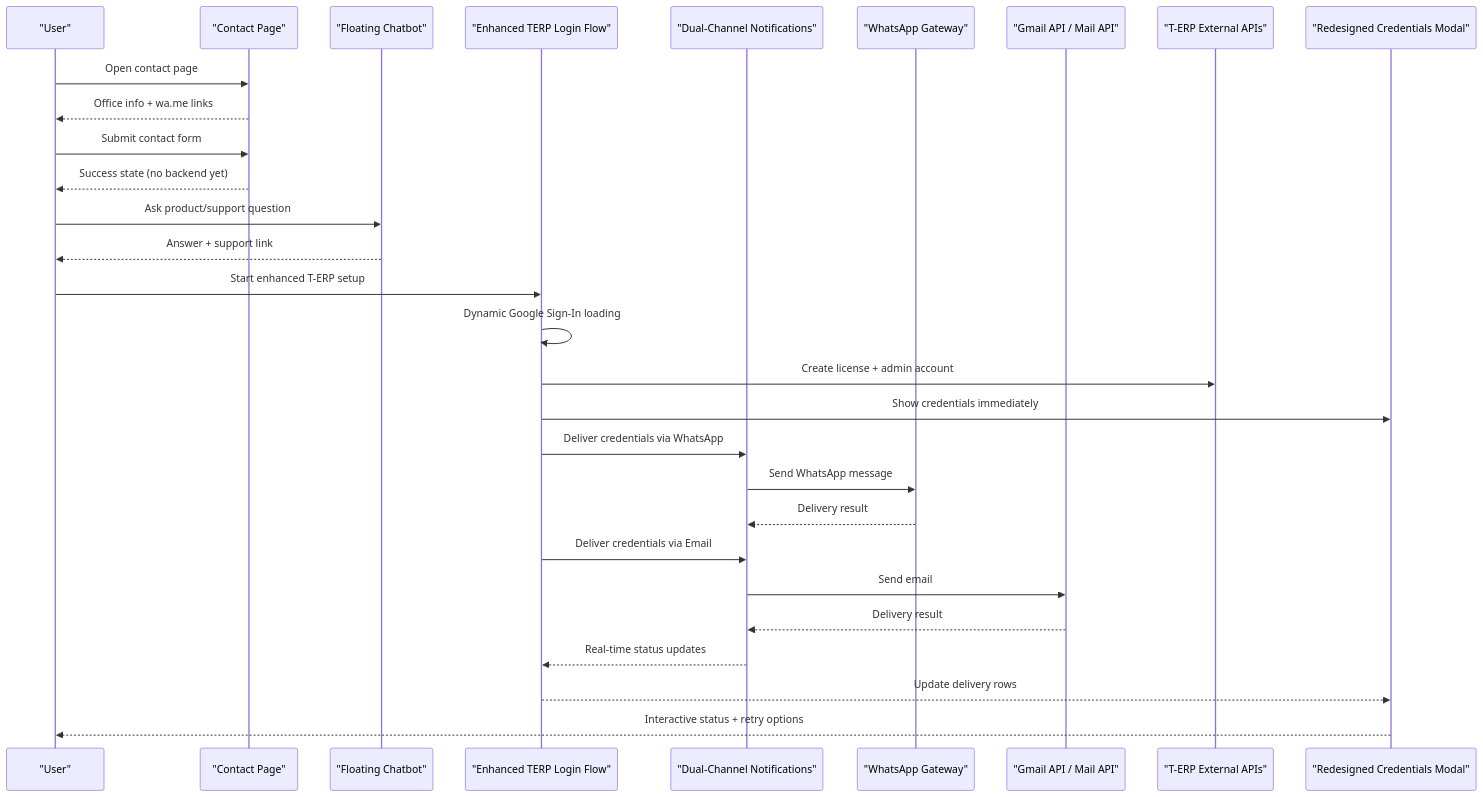
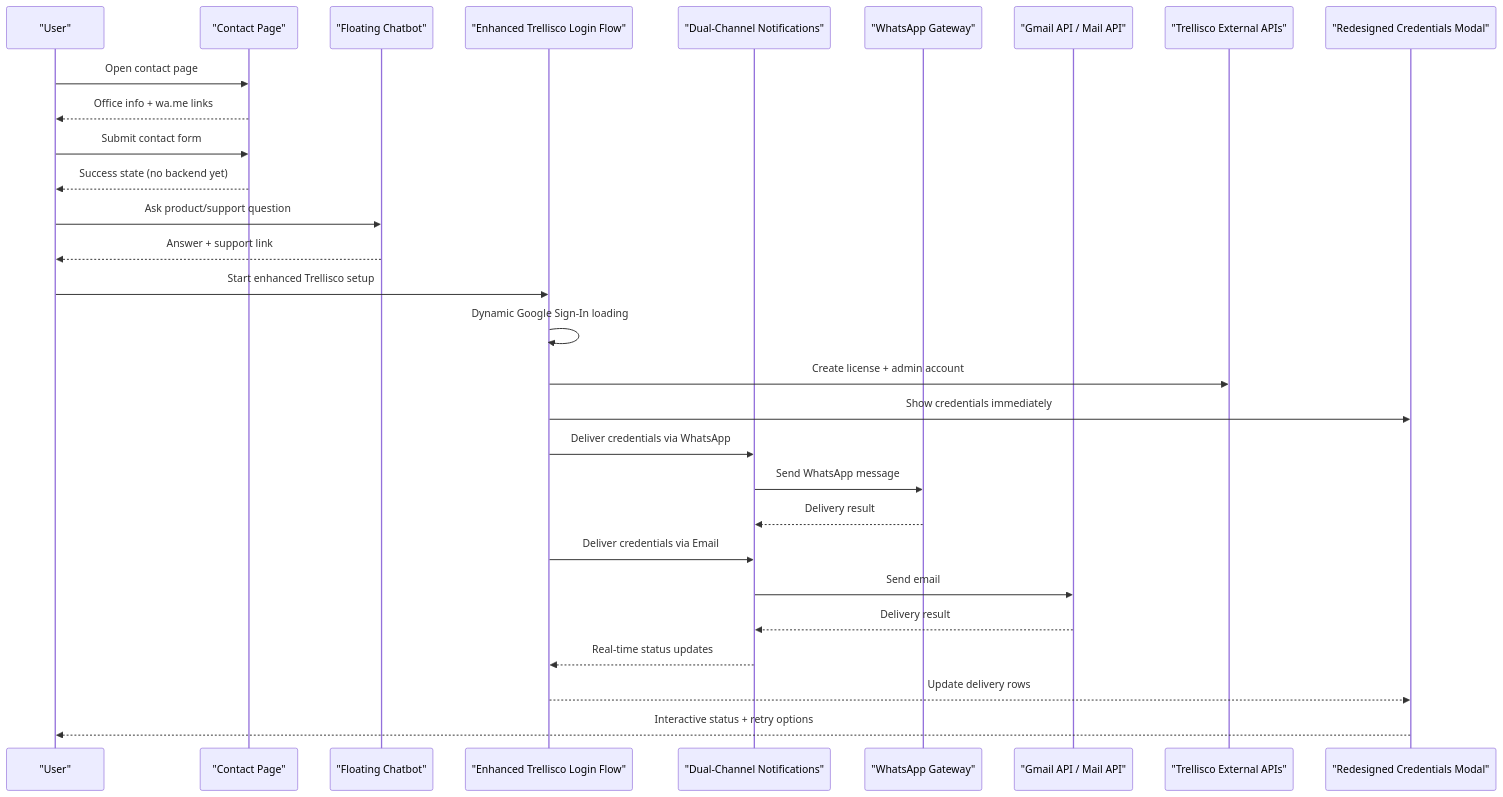
One commit to imcbsglobal/TRELLISCO_ERP_FRONTEND changed the second of 8 diagrams in .qoder/repowiki/en/content/Public Website Features/Contact Integration.md. Above: the diagram before and after it, drawn with Mermaid. The commit also changed other lines of this file and 11 other files, not shown here.

````diff
--- a/.qoder/repowiki/en/content/Public Website Features/Contact Integration.md
+++ b/.qoder/repowiki/en/content/Public Website Features/Contact Integration.md
@@ -103,31 +103,31 @@
 ```mermaid
 sequenceDiagram
 participant User as "User"
 participant Contact as "Contact Page"
 participant Chatbot as "Floating Chatbot"
-participant TERP as "Enhanced TERP Login Flow"
+participant TERP as "Enhanced Trellisco Login Flow"
 participant Notif as "Dual-Channel Notifications"
 participant WA as "WhatsApp Gateway"
 participant Mail as "Gmail API / Mail API"
-participant ERP as "T-ERP External APIs"
+participant ERP as "Trellisco External APIs"
 participant Modal as "Redesigned Credentials Modal"
 User->>Contact : Open contact page
 Contact-->>User : Office info + wa.me links
 User->>Contact : Submit contact form
 Contact-->>User : Success state (no backend yet)
 User->>Chatbot : Ask product/support question
 Chatbot-->>User : Answer + support link
-User->>TERP : Start enhanced T-ERP setup
+User->>TERP : Start enhanced Trellisco setup
 TERP->>TERP : Dynamic Google Sign-In loading
 TERP->>ERP : Create license + admin account
 TERP->>Modal : Show credentials immediately
 TERP->>Notif : Deliver credentials via WhatsApp
 Notif->>WA : Send WhatsApp message
 WA-->>Notif : Delivery result
 TERP->>Notif : Deliver credentials via Email
 Notif->>Mail : Send email
 Mail-->>Notif : Delivery result
 Notif-->>TERP : Real-time status updates
 TERP-->>Modal : Update delivery rows
 Modal-->>User : Interactive status + retry options
 ```
````
